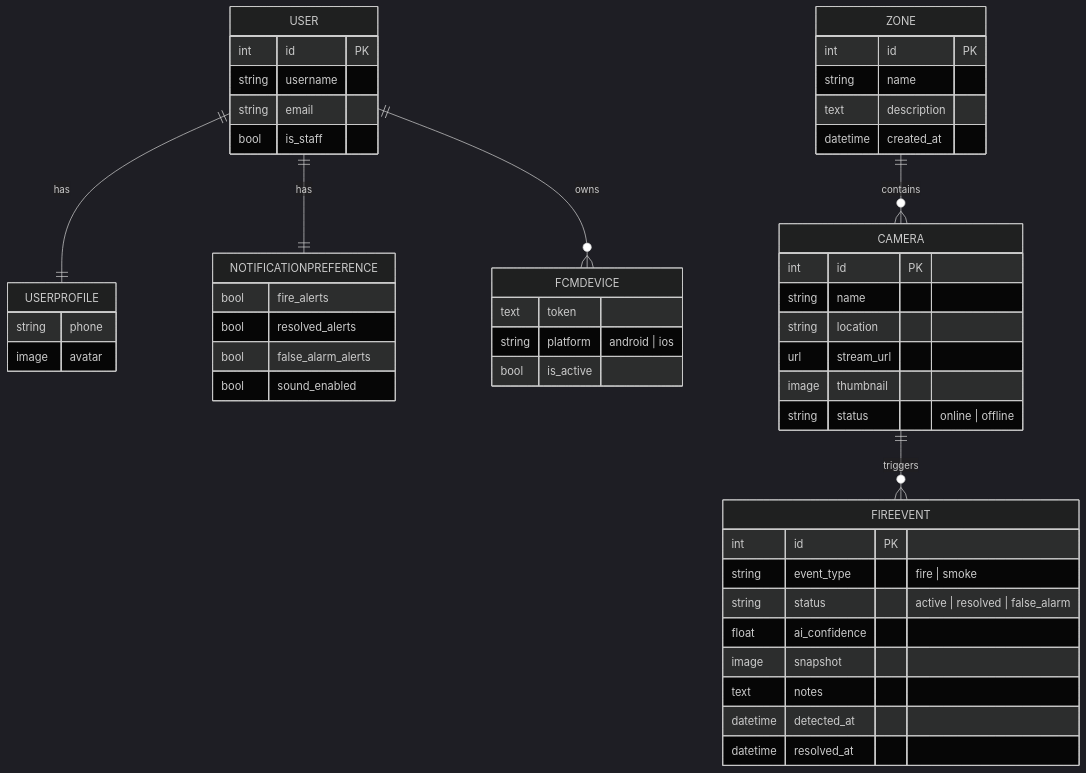
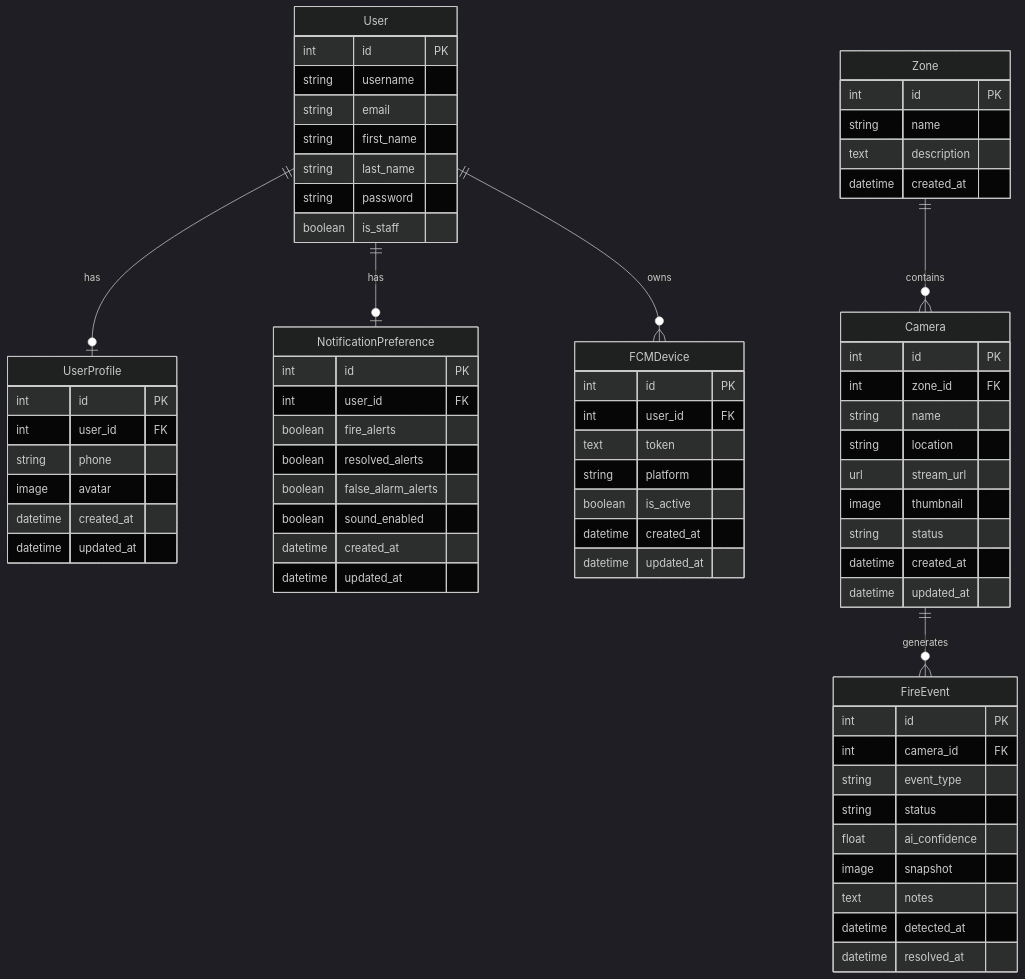
One commit to mostafaabdoelgohary2003AI/fireguard-graduation-project changed the seventh of 7 diagrams in README.md. Above: the diagram before and after it, drawn with Mermaid (dark theme). The commit also changed other lines of this file and 31 other files, not shown here.

````diff
--- a/README.md
+++ b/README.md
@@ -431,54 +501,79 @@
 ```mermaid
 erDiagram
-    USER ||--|| USERPROFILE : has
-    USER ||--|| NOTIFICATIONPREFERENCE : has
-    USER ||--o{ FCMDEVICE : owns
-    ZONE ||--o{ CAMERA : contains
-    CAMERA ||--o{ FIREEVENT : triggers
+    User ||--o| UserProfile : has
+    User ||--o| NotificationPreference : has
+    User ||--o{ FCMDevice : owns
+    Zone ||--o{ Camera : contains
+    Camera ||--o{ FireEvent : generates
 
-    USER {
+    User {
         int id PK
         string username
         string email
-        bool is_staff
+        string first_name
+        string last_name
+        string password
+        boolean is_staff
     }
-    USERPROFILE {
+
+    UserProfile {
+        int id PK
+        int user_id FK
         string phone
         image avatar
+        datetime created_at
+        datetime updated_at
     }
-    ZONE {
+
+    Zone {
         int id PK
         string name
         text description
         datetime created_at
     }
-    CAMERA {
+
+    Camera {
         int id PK
+        int zone_id FK
         string name
         string location
         url stream_url
         image thumbnail
-        string status "online | offline"
+        string status
+        datetime created_at
+        datetime updated_at
     }
-    FIREEVENT {
+
+    FireEvent {
         int id PK
-        string event_type "fire | smoke"
-        string status "active | resolved | false_alarm"
+        int camera_id FK
+        string event_type
+        string status
         float ai_confidence
         image snapshot
         text notes
         datetime detected_at
         datetime resolved_at
     }
-    FCMDEVICE {
+
+    FCMDevice {
+        int id PK
+        int user_id FK
         text token
-        string platform "android | ios"
-        bool is_active
+        string platform
+        boolean is_active
+        datetime created_at
+        datetime updated_at
     }
-    NOTIFICATIONPREFERENCE {
-        bool fire_alerts
-        bool resolved_alerts
-        bool false_alarm_alerts
-        bool sound_enabled
+
+    NotificationPreference {
+        int id PK
+        int user_id FK
+        boolean fire_alerts
+        boolean resolved_alerts
+        boolean false_alarm_alerts
+        boolean sound_enabled
+        datetime created_at
+        datetime updated_at
     }
 ```
````
